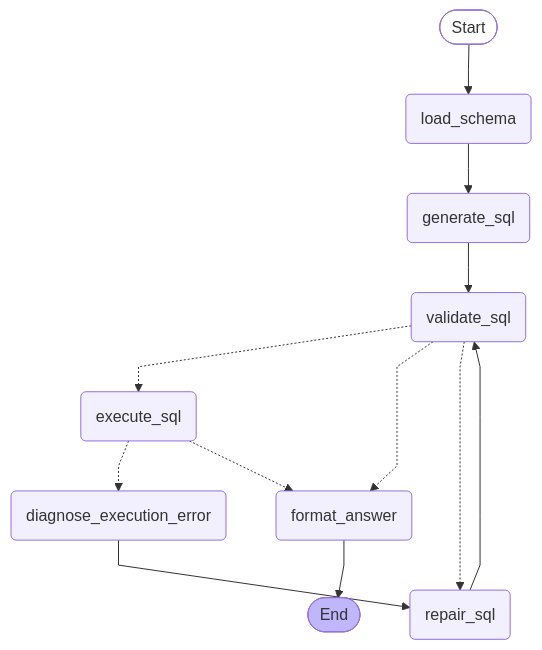
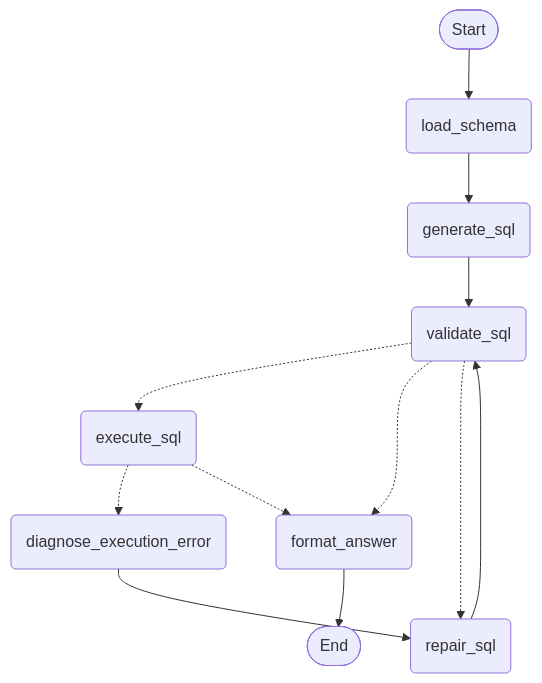
The diagram in README.md (k0msenapati/text-to-sql), drawn with Mermaid before and after one commit. The commit also changed 1 other file, not shown here.

Commit message:
fix: remove hardcoded mermaid colors for github dark mode compatibility

````diff
--- a/README.md
+++ b/README.md
@@ -5,31 +5,23 @@
 ```mermaid
----
-config:
-  flowchart:
-    curve: linear
----
 graph TD;
-	__start__([Start]):::first
+	__start__([Start])
 	load_schema(load_schema)
 	generate_sql(generate_sql)
 	validate_sql(validate_sql)
 	repair_sql(repair_sql)
 	execute_sql(execute_sql)
 	diagnose_execution_error(diagnose_execution_error)
 	format_answer(format_answer)
-	__end__([End]):::last
+	__end__([End])
 	__start__ --> load_schema;
 	diagnose_execution_error --> repair_sql;
 	execute_sql -.-> diagnose_execution_error;
 	execute_sql -.-> format_answer;
 	generate_sql --> validate_sql;
 	load_schema --> generate_sql;
 	repair_sql --> validate_sql;
 	validate_sql -.-> execute_sql;
 	validate_sql -.-> format_answer;
 	validate_sql -.-> repair_sql;
 	format_answer --> __end__;
-	classDef default fill:#f2f0ff,line-height:1.2
-	classDef first fill-opacity:0
-	classDef last fill:#bfb6fc
 ```
````
